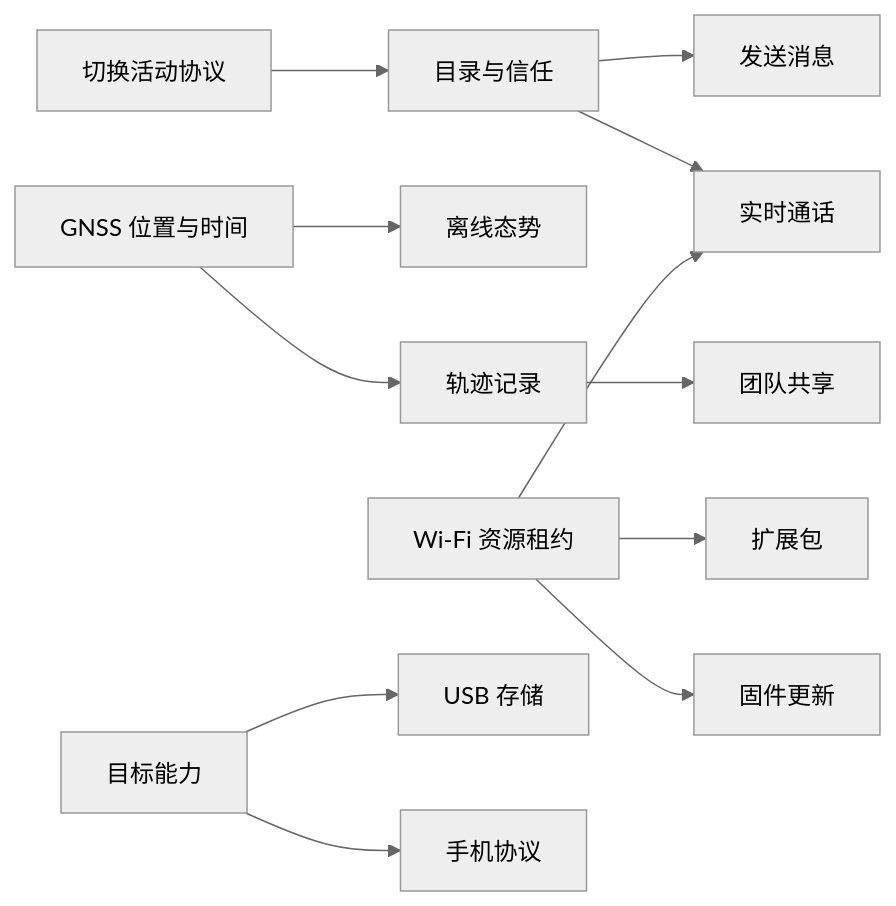
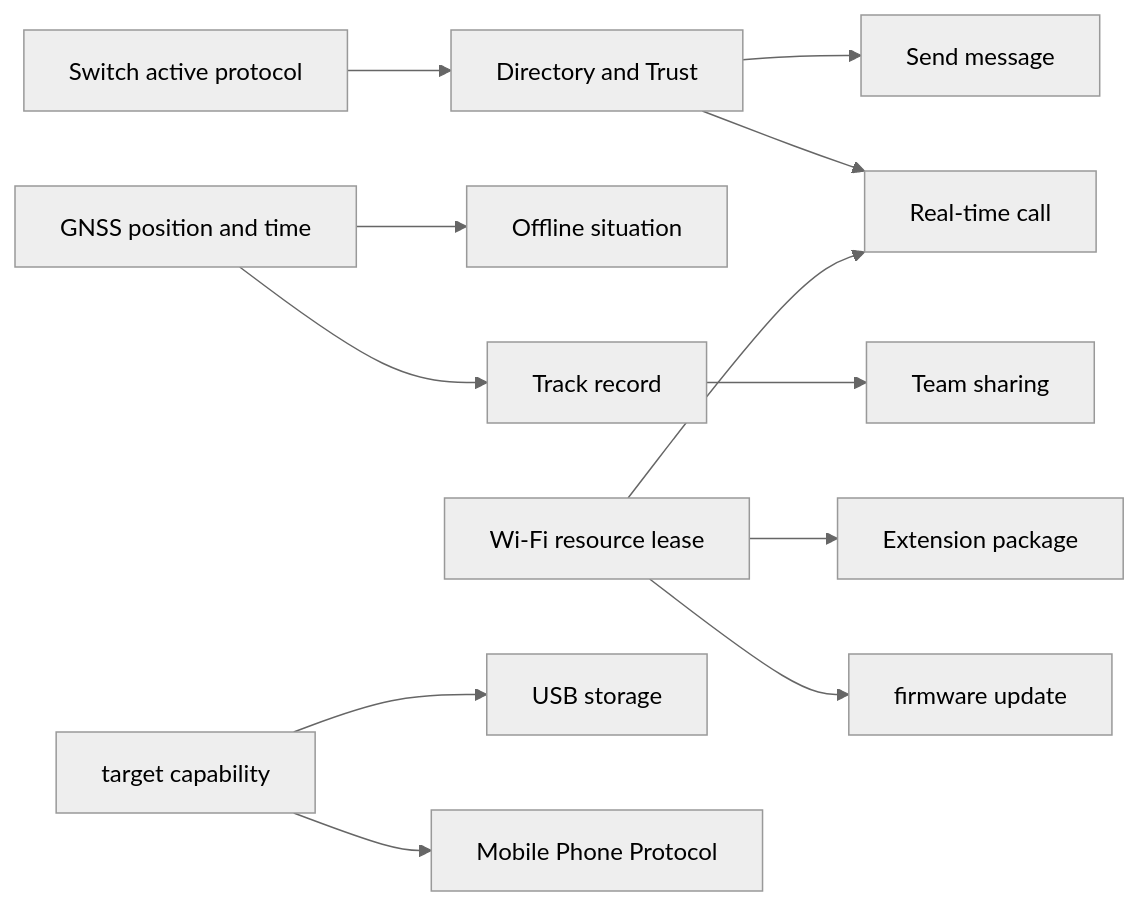
The diagram in docs/design/use-case-diagrams-maps.md (manmuqingshan/trail-mate), drawn with Mermaid (neutral theme) before and after one commit. The commit also changed other lines of this file and 527 other files, not shown here.

````diff
--- a/docs/design/use-case-diagrams-maps.md
+++ b/docs/design/use-case-diagrams-maps.md
@@ -56,14 +56,14 @@
 ```mermaid
 flowchart LR
-  Protocol["切换活动协议"] --> Directory["目录与信任"]
-  Directory --> Send["发送消息"]
-  Directory --> Call["实时通话"]
-  GNSS["GNSS 位置与时间"] --> Map["离线态势"]
-  GNSS --> Track["轨迹记录"]
-  Track --> TeamShare["团队共享"]
-  WiFi["Wi-Fi 资源租约"] --> Packages["扩展包"]
-  WiFi --> Firmware["固件更新"]
+ Protocol["Switch active protocol"] --> Directory["Directory and Trust"]
+ Directory --> Send["Send message"]
+ Directory --> Call["Real-time call"]
+ GNSS["GNSS position and time"] --> Map["Offline situation"]
+ GNSS --> Track["Track record"]
+ Track --> TeamShare["Team sharing"]
+ WiFi["Wi-Fi resource lease"] --> Packages["Extension package"]
+ WiFi --> Firmware["firmware update"]
   WiFi --> Call
-  Capability["目标能力"] --> USB["USB 存储"]
-  Capability --> Phone["手机协议"]
+ Capability["target capability"] --> USB["USB storage"]
+ Capability --> Phone["Mobile Phone Protocol"]
 ```
````
